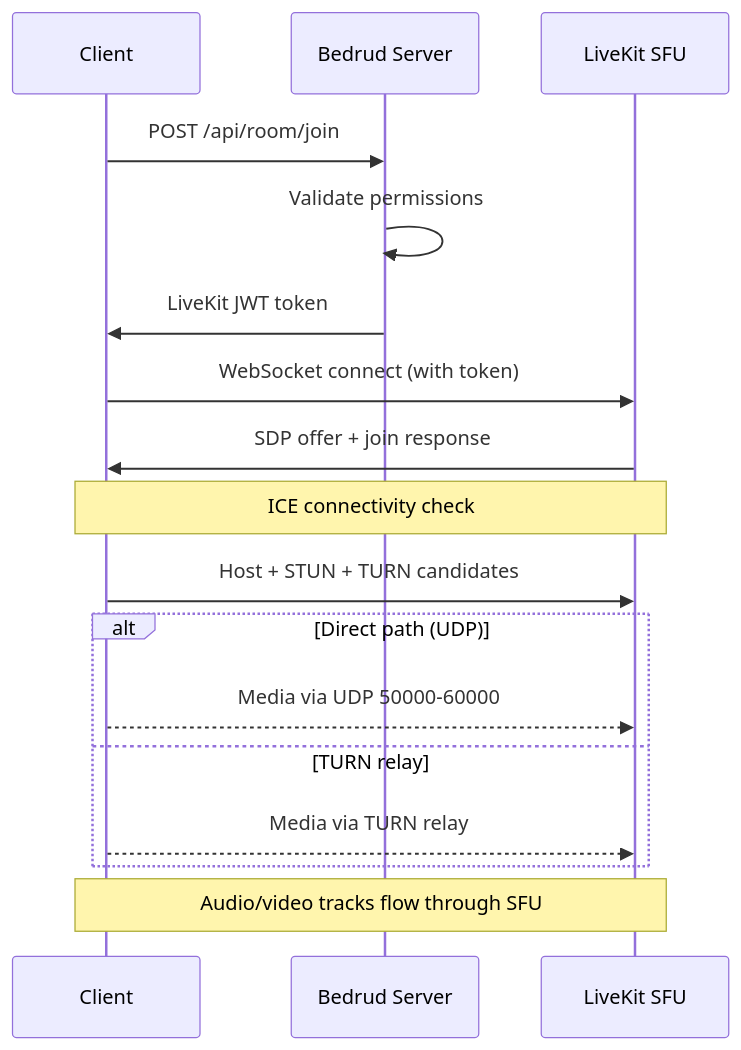
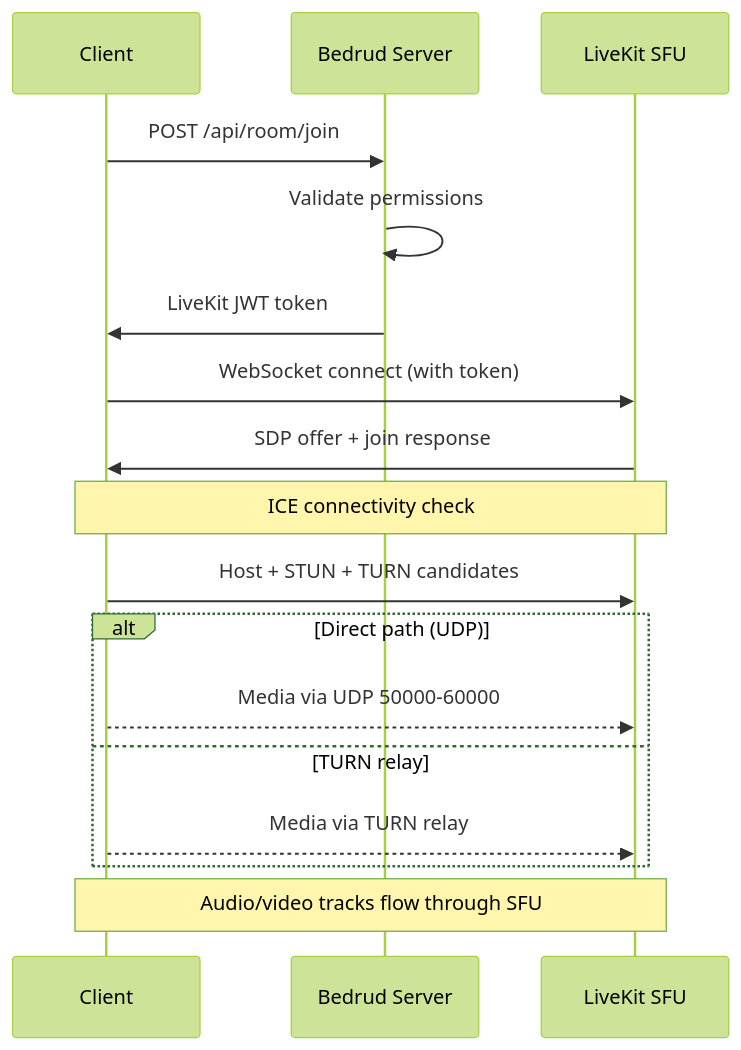
One commit to bedrud-ir/bedrud changed the diagram in docs/architecture/overview.md. Above: the diagram before and after it, drawn with Mermaid. The commit also changed 9 other files, not shown here.

Commit message:
update mermaid diagrams to use forest theme for consistent rendering

````diff
--- a/docs/architecture/overview.md
+++ b/docs/architecture/overview.md
@@ -149,34 +149,24 @@
 ```mermaid
-%%{init: {'themeVariables': {
-  'primaryColor': '#4F46E1',
-  'primaryTextColor': '#FFFFFF',
-  'primaryBorderColor': '#3B37B3',
-  'lineColor': '#6B7280',
-  'secondaryColor': '#F3F4F6',
-  'tertiaryColor': '#E5E7EB',
-  'background': '#FFFFFF',
-  'mainBkg': '#EEF2FF',
-  'nodeBorder': '#3B37B3'
-}}}%%
+%%{init: {'theme': 'forest'}}%%
 sequenceDiagram
     participant C as Client
     participant S as Bedrud Server
     participant LK as LiveKit SFU
 
     C->>S: POST /api/room/join
     S->>S: Validate permissions
     S->>C: LiveKit JWT token
     C->>LK: WebSocket connect (with token)
     LK->>C: SDP offer + join response
 
     Note over C,LK: ICE connectivity check
     C->>LK: Host + STUN + TURN candidates
 
     alt Direct path (UDP)
         C-->>LK: Media via UDP 50000-60000
     else TURN relay
         C-->>LK: Media via TURN relay
     end
 
     Note over C,LK: Audio/video tracks flow through SFU
 ```
````
